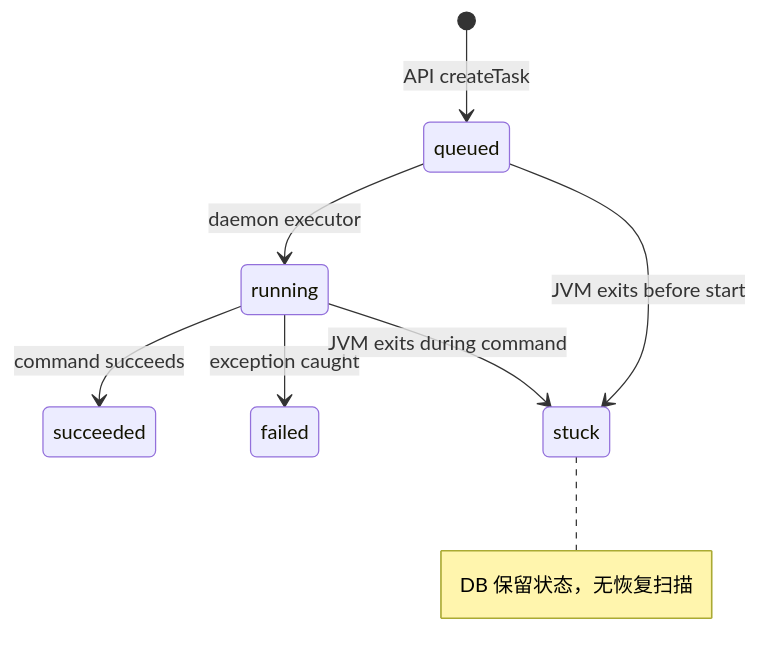
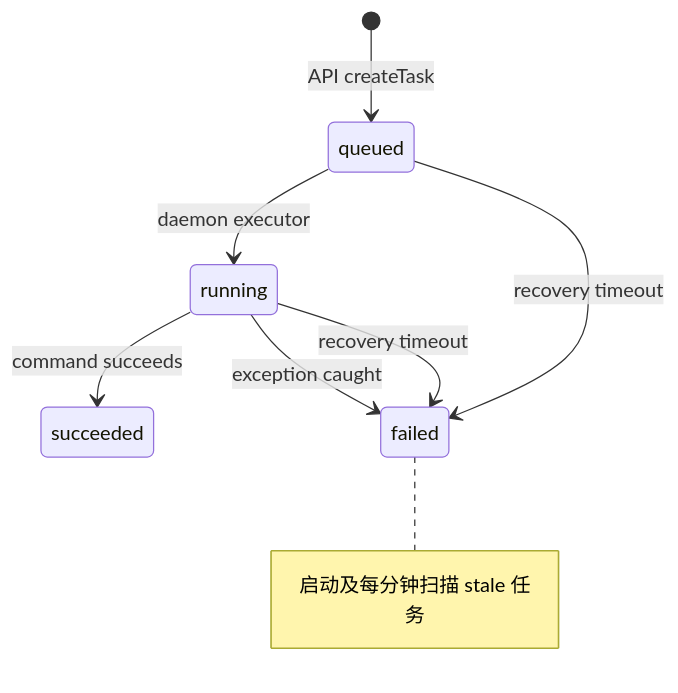
Before and after one commit to xsc683/HISIEM: diagram 30 of 34 in HISIEM-add_frame-架构与数据流分析.md, drawn with Mermaid. The commit also changed other lines of this file and 32 other files, not shown here.

````diff
--- a/HISIEM-add_frame-架构与数据流分析.md
+++ b/HISIEM-add_frame-架构与数据流分析.md
@@ -1399,12 +1401,12 @@
 ```mermaid
 stateDiagram-v2
   [*] --> queued: API createTask
   queued --> running: daemon executor
   running --> succeeded: command succeeds
   running --> failed: exception caught
-  queued --> stuck: JVM exits before start
-  running --> stuck: JVM exits during command
-  note right of stuck
-    DB 保留状态，无恢复扫描
+  queued --> failed: recovery timeout
+  running --> failed: recovery timeout
+  note right of failed
+    启动及每分钟扫描 stale 任务
   end note
 ```
````
